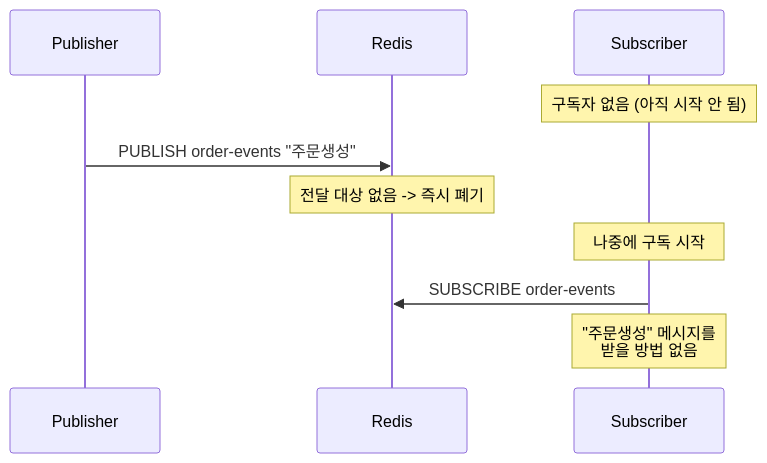
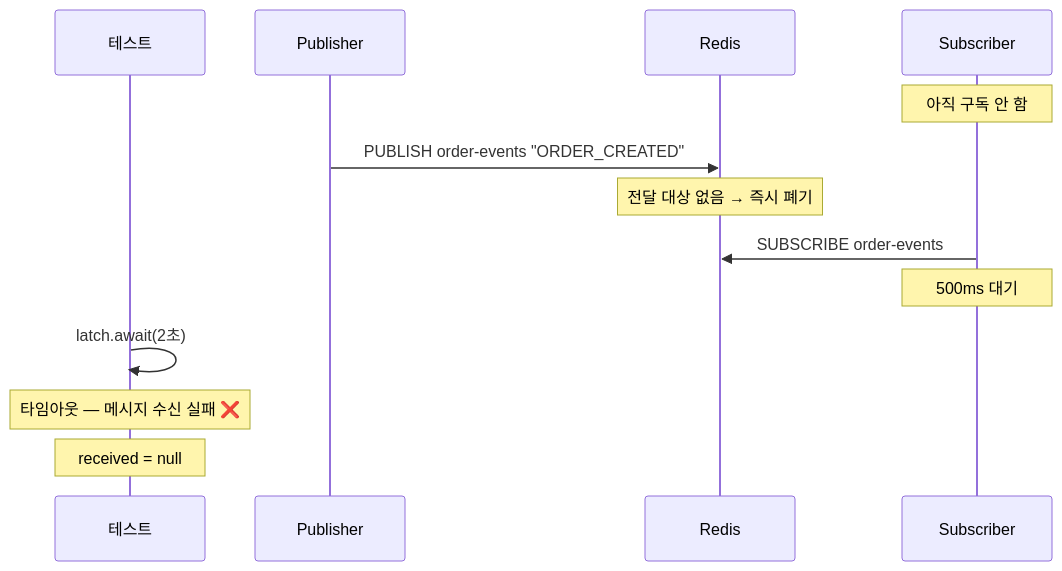
The third of 4 diagrams in src/test/java/com/example/messaging/step4_redis_pubsub/README.md (katiekim17/messaging-lab), drawn with Mermaid before and after one commit. The commit also changed other lines of this file and 6 other files, not shown here.

````diff
--- a/src/test/java/com/example/messaging/step4_redis_pubsub/README.md
+++ b/src/test/java/com/example/messaging/step4_redis_pubsub/README.md
@@ -63,14 +67,19 @@
 ```mermaid
 sequenceDiagram
-    participant Publisher
-    participant Redis
-    participant Subscriber
+    participant Test as 테스트
+    participant Pub as Publisher
+    participant Redis as Redis
+    participant Sub as Subscriber
 
-    Note over Subscriber: 구독자 없음 (아직 시작 안 됨)
-    Publisher->>Redis: PUBLISH order-events "주문생성"
-    Note over Redis: 전달 대상 없음 -> 즉시 폐기
+    Note over Sub: 아직 구독 안 함
 
-    Note over Subscriber: 나중에 구독 시작
-    Subscriber->>Redis: SUBSCRIBE order-events
-    Note over Subscriber: "주문생성" 메시지를<br/>받을 방법 없음
+    Pub->>Redis: PUBLISH order-events "ORDER_CREATED"
+    Note over Redis: 전달 대상 없음 → 즉시 폐기
+
+    Sub->>Redis: SUBSCRIBE order-events
+    Note over Sub: 500ms 대기
+
+    Test->>Test: latch.await(2초)
+    Note over Test: 타임아웃 — 메시지 수신 실패 ❌
+    Note over Test: received = null
 ```
````
